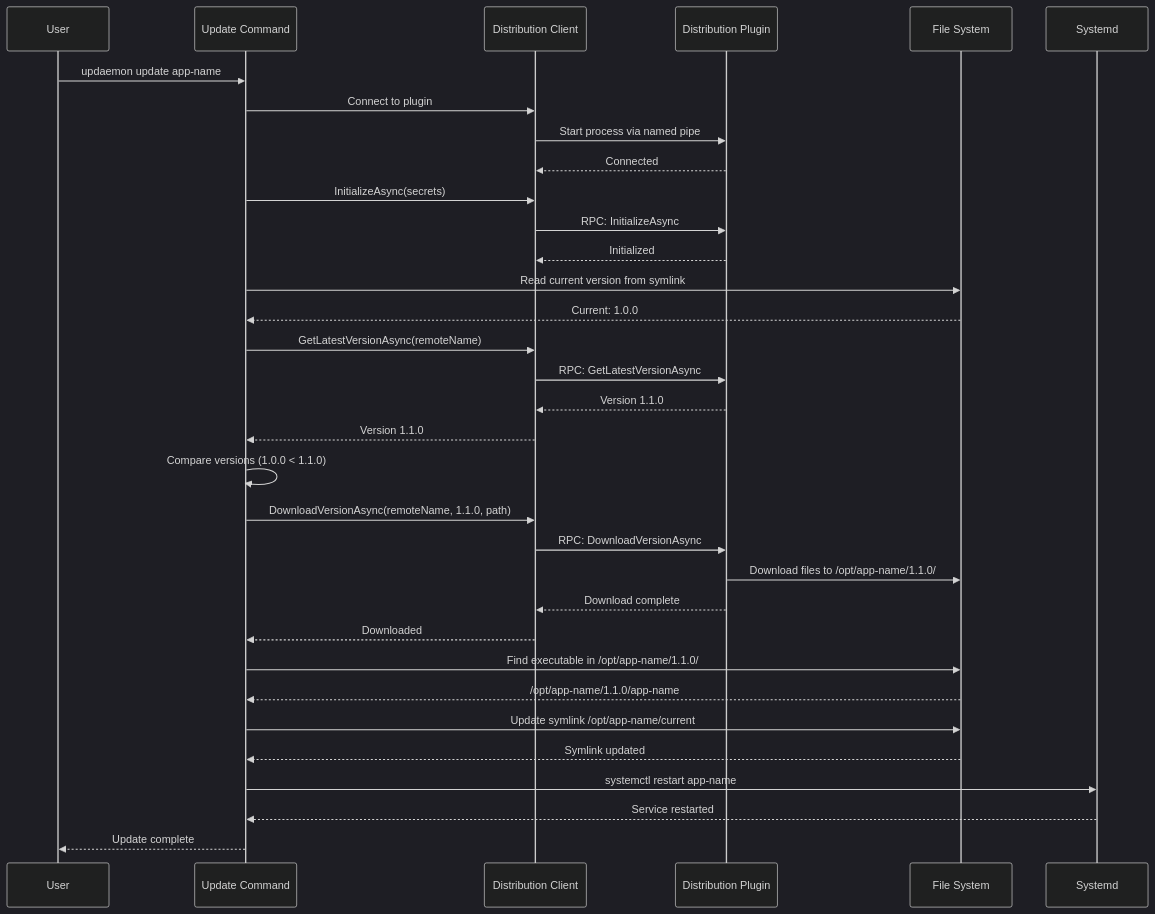
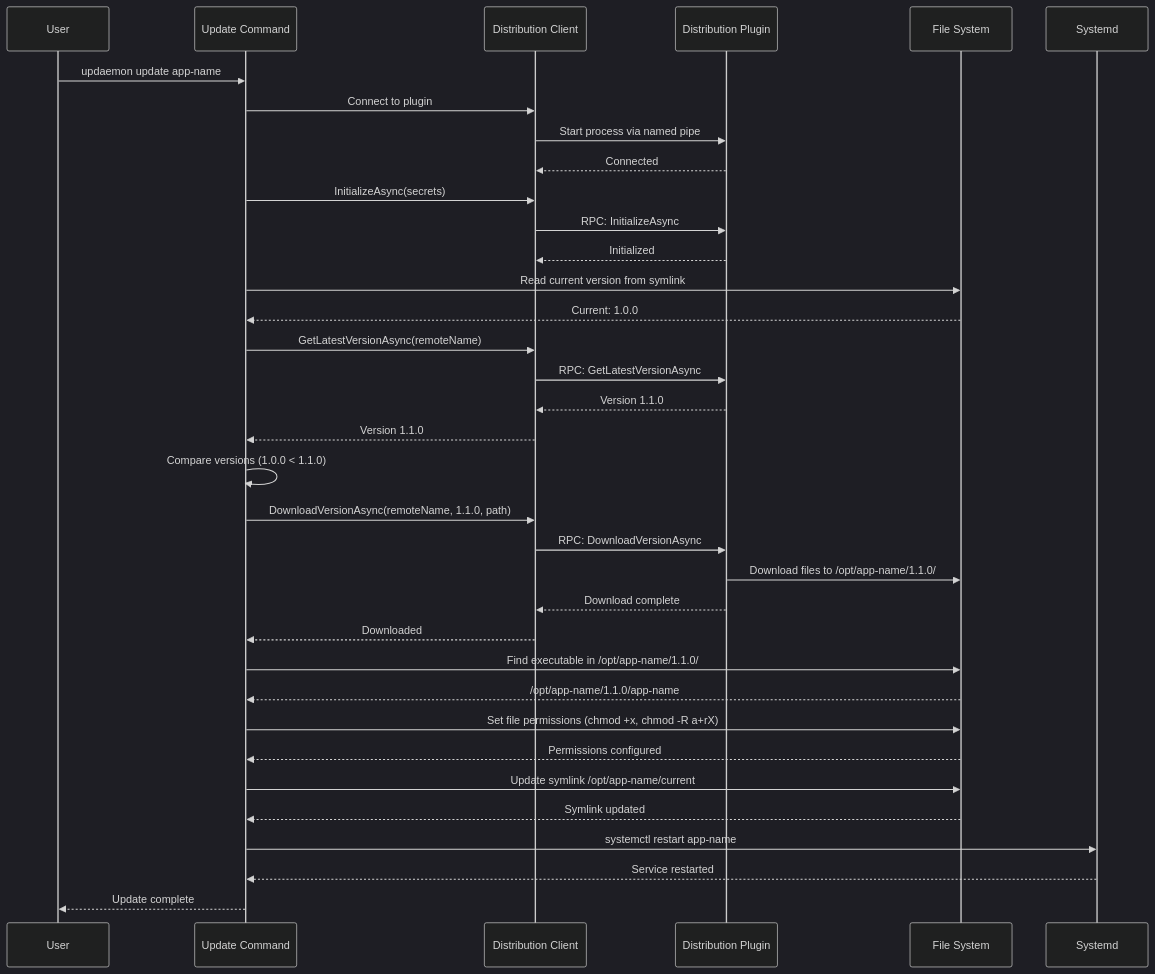
One commit to AdamTovatt/updaemon changed the second of 5 diagrams in README.md. Above: the diagram before and after it, drawn with Mermaid (dark theme). The commit also changed other lines of this file and 9 other files, not shown here.

Commit message:
make update command set permissions

````diff
--- a/README.md
+++ b/README.md
@@ -111,45 +111,48 @@
 ```mermaid
 sequenceDiagram
     participant User
     participant UpdateCmd as Update Command
     participant DistClient as Distribution Client
     participant Plugin as Distribution Plugin
     participant FileSystem as File System
     participant Systemd
     
     User->>UpdateCmd: updaemon update app-name
     UpdateCmd->>DistClient: Connect to plugin
     DistClient->>Plugin: Start process via named pipe
     Plugin-->>DistClient: Connected
     
     UpdateCmd->>DistClient: InitializeAsync(secrets)
     DistClient->>Plugin: RPC: InitializeAsync
     Plugin-->>DistClient: Initialized
     
     UpdateCmd->>FileSystem: Read current version from symlink
     FileSystem-->>UpdateCmd: Current: 1.0.0
     
     UpdateCmd->>DistClient: GetLatestVersionAsync(remoteName)
     DistClient->>Plugin: RPC: GetLatestVersionAsync
     Plugin-->>DistClient: Version 1.1.0
     DistClient-->>UpdateCmd: Version 1.1.0
     
     UpdateCmd->>UpdateCmd: Compare versions (1.0.0 < 1.1.0)
     
     UpdateCmd->>DistClient: DownloadVersionAsync(remoteName, 1.1.0, path)
     DistClient->>Plugin: RPC: DownloadVersionAsync
     Plugin->>FileSystem: Download files to /opt/app-name/1.1.0/
     Plugin-->>DistClient: Download complete
     DistClient-->>UpdateCmd: Downloaded
     
     UpdateCmd->>FileSystem: Find executable in /opt/app-name/1.1.0/
     FileSystem-->>UpdateCmd: /opt/app-name/1.1.0/app-name
     
+    UpdateCmd->>FileSystem: Set file permissions (chmod +x, chmod -R a+rX)
+    FileSystem-->>UpdateCmd: Permissions configured
+    
     UpdateCmd->>FileSystem: Update symlink /opt/app-name/current
     FileSystem-->>UpdateCmd: Symlink updated
     
     UpdateCmd->>Systemd: systemctl restart app-name
     Systemd-->>UpdateCmd: Service restarted
     
     UpdateCmd-->>User: Update complete
 ```
````
